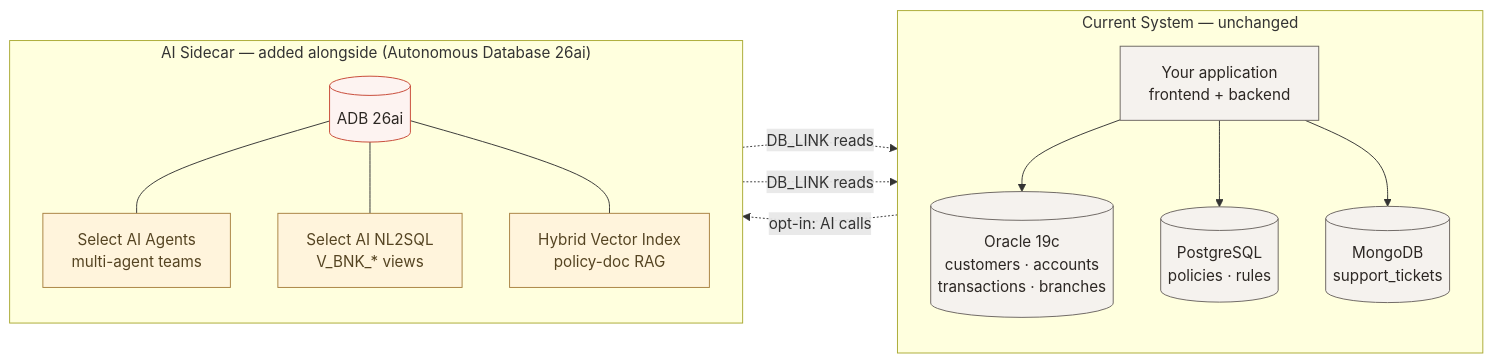
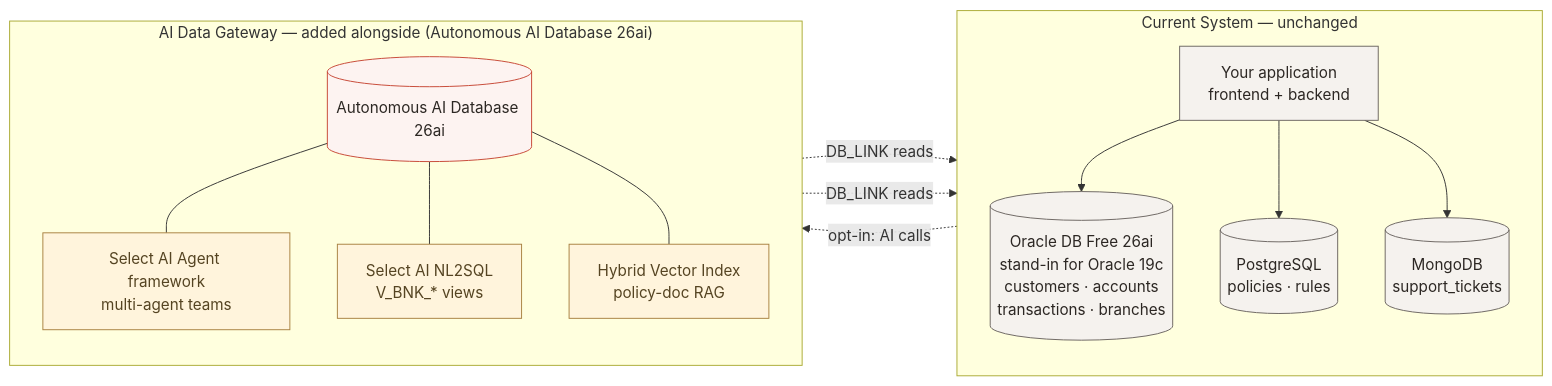
Before and after one commit to vmleon/oracle-adb-sidecar-architecture: the first of 4 diagrams in README.md, drawn with Mermaid. The commit also changed other lines of this file and 14 other files, not shown here.

Commit message:
refactor(naming): adopt Live AI Hub / AI Data Gateway terminology

````diff
--- a/README.md
+++ b/README.md
@@ -19,32 +21,32 @@
 ```mermaid
 flowchart LR
     classDef existing fill:#F5F2EE,stroke:#6B6560,color:#2C2723
     classDef sidecar  fill:#FDF3F1,stroke:#C74634,color:#2C2723
     classDef ai       fill:#FFF4DC,stroke:#A88040,color:#542
 
     subgraph current ["Current System — unchanged"]
         direction TB
         app[Your application<br/>frontend + backend]:::existing
-        oracle[(Oracle 19c<br/>customers · accounts<br/>transactions · branches)]:::existing
+        oracle[(Oracle DB Free 26ai<br/>stand-in for Oracle 19c<br/>customers · accounts<br/>transactions · branches)]:::existing
         postgres[(PostgreSQL<br/>policies · rules)]:::existing
         mongo[(MongoDB<br/>support_tickets)]:::existing
         app --> oracle
         app --> postgres
         app --> mongo
     end
 
-    subgraph sidecarbox ["AI Sidecar — added alongside (Autonomous Database 26ai)"]
+    subgraph sidecarbox ["AI Data Gateway — added alongside (Autonomous AI Database 26ai)"]
         direction TB
-        adb[(ADB 26ai)]:::sidecar
-        agents[Select AI Agents<br/>multi-agent teams]:::ai
+        adb[(Autonomous AI Database 26ai)]:::sidecar
+        agents[Select AI Agent framework<br/>multi-agent teams]:::ai
         nl2sql[Select AI NL2SQL<br/>V_BNK_* views]:::ai
         rag[Hybrid Vector Index<br/>policy-doc RAG]:::ai
         adb --- agents
         adb --- nl2sql
         adb --- rag
     end
 
     app -. opt-in: AI calls .-> adb
     adb -. DB_LINK reads .-> oracle
     adb -. DB_LINK reads .-> postgres
 ```
````
